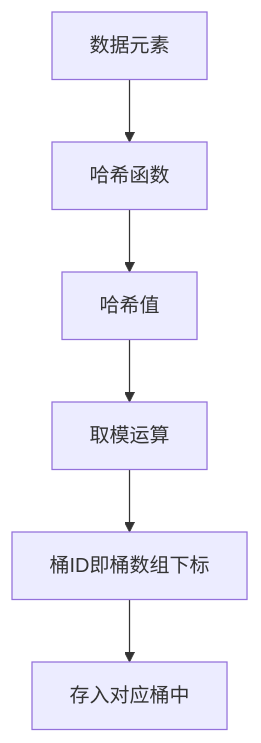
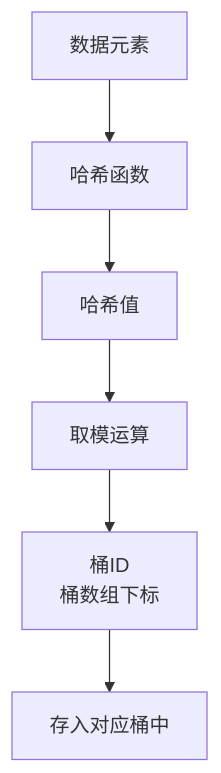
Before and after one commit to y10111/y10111.github.io: the first of 3 diagrams in docs/C++/英雄编程/第四章/unordered_set/4.10.1基础概念.md, drawn with Mermaid. The commit also changed other lines of this file and 1 other file, not shown here.

Commit message:
修复4.11.1哈希表结构示意mermaid + 还原4.10.1原始mermaid

````diff
--- a/docs/C++/英雄编程/第四章/unordered_set/4.10.1基础概念.md
+++ b/docs/C++/英雄编程/第四章/unordered_set/4.10.1基础概念.md
@@ -27,8 +27,8 @@
 ```mermaid
 graph TD
     A[数据元素] --> B[哈希函数]
     B --> C[哈希值]
     C --> D[取模运算]
-    D --> E[桶ID即桶数组下标]
+    D --> E[桶ID<br/>桶数组下标]
     E --> F[存入对应桶中]
 ```
````
